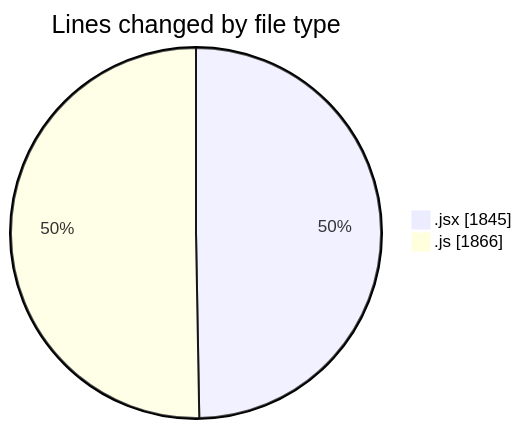
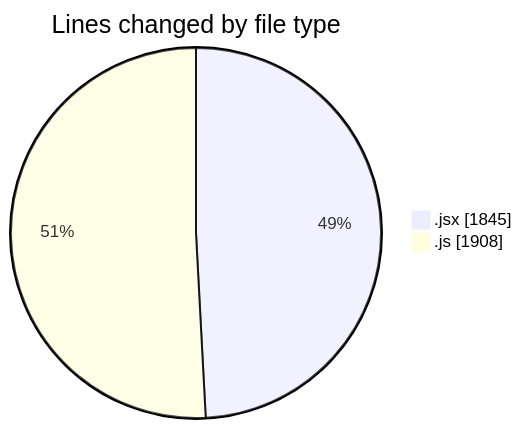
One commit to nxtqubesakshisongat/code-tracking changed the first of 2 diagrams in 2025-08-04/nxtqube_webapp/README.md. Above: the diagram before and after it, drawn with Mermaid. The commit also changed other lines of this file and 1 other file, not shown here.

````diff
--- a/2025-08-04/nxtqube_webapp/README.md
+++ b/2025-08-04/nxtqube_webapp/README.md
@@ -28,6 +28,6 @@
 ```mermaid
 pie showData
 title Lines changed by file type
 ".jsx" : 1845
-".js" : 1866
+".js" : 1908
 ```
````
